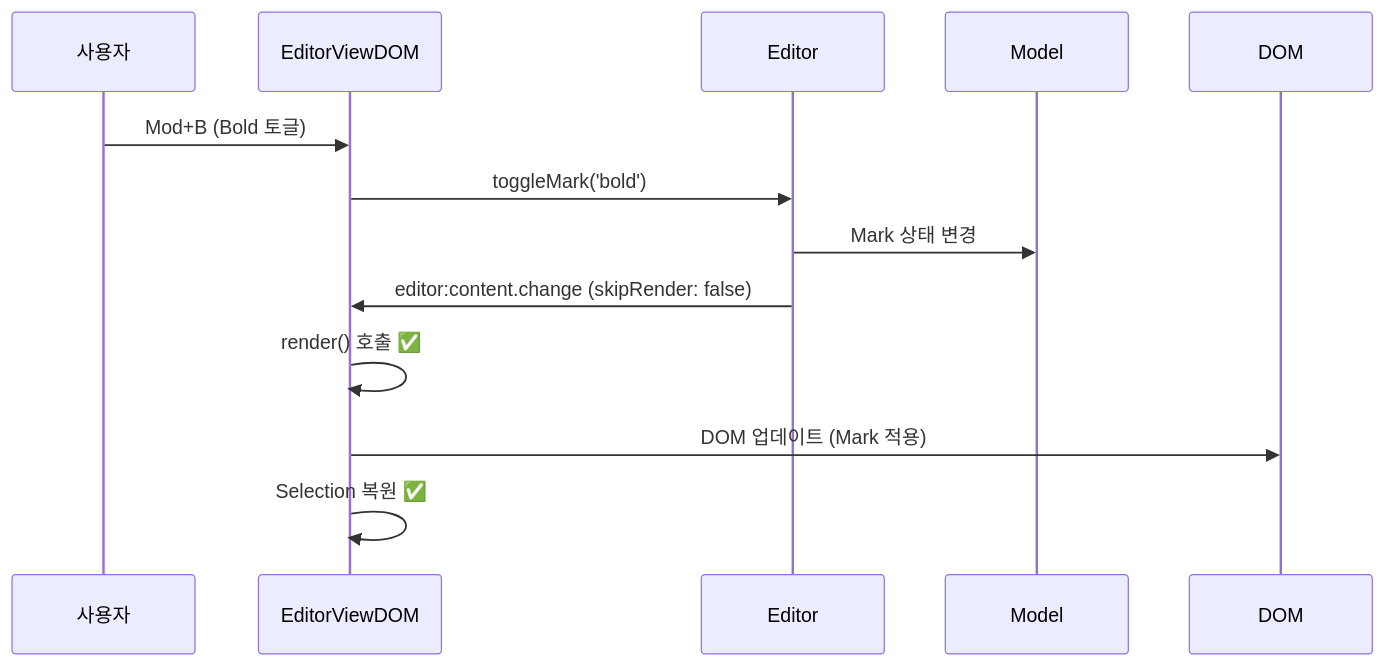
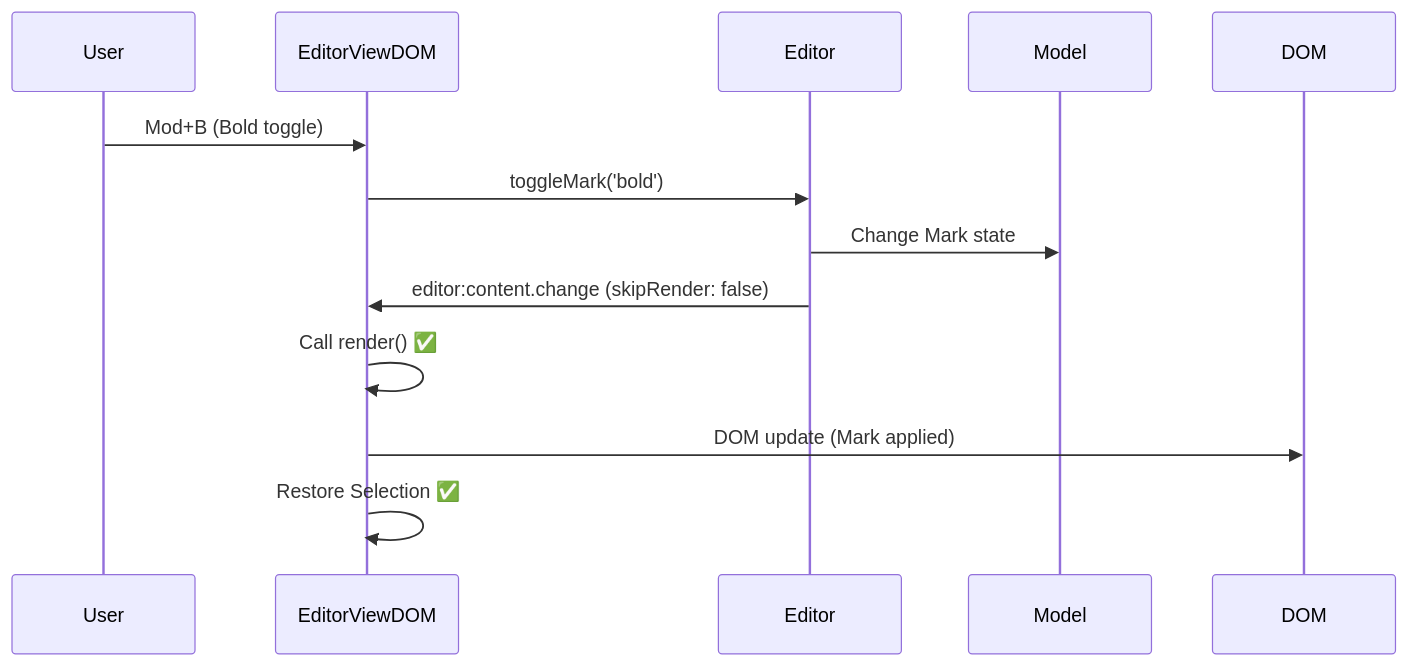
One commit to barocss/barocss-editor changed the sixth of 16 diagrams in packages/editor-view-dom/docs/plan/input-rendering-race-condition.md. Above: the diagram before and after it, drawn with Mermaid. The commit also changed other lines of this file and 43 other files, not shown here.

````diff
--- a/packages/editor-view-dom/docs/plan/input-rendering-race-condition.md
+++ b/packages/editor-view-dom/docs/plan/input-rendering-race-condition.md
@@ -557,16 +557,16 @@
 ```mermaid
 sequenceDiagram
-    participant User as 사용자
+    participant User as User
     participant EVD as EditorViewDOM
     participant Editor as Editor
     participant Model as Model
     participant DOM as DOM
 
-    User->>EVD: Mod+B (Bold 토글)
+    User->>EVD: Mod+B (Bold toggle)
     EVD->>Editor: toggleMark('bold')
-    Editor->>Model: Mark 상태 변경
+    Editor->>Model: Change Mark state
     Editor->>EVD: editor:content.change (skipRender: false)
-    EVD->>EVD: render() 호출 ✅
-    EVD->>DOM: DOM 업데이트 (Mark 적용)
-    EVD->>EVD: Selection 복원 ✅
+    EVD->>EVD: Call render() ✅
+    EVD->>DOM: DOM update (Mark applied)
+    EVD->>EVD: Restore Selection ✅
 ```
````
